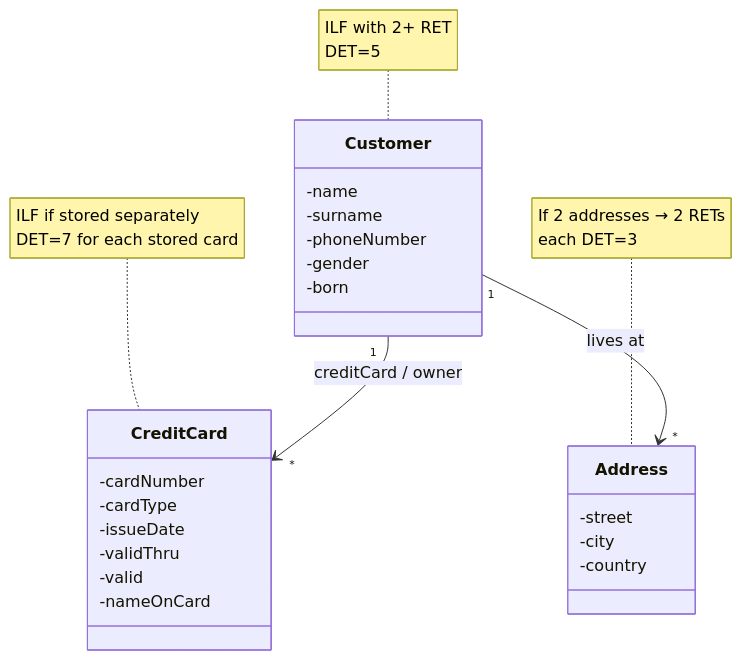
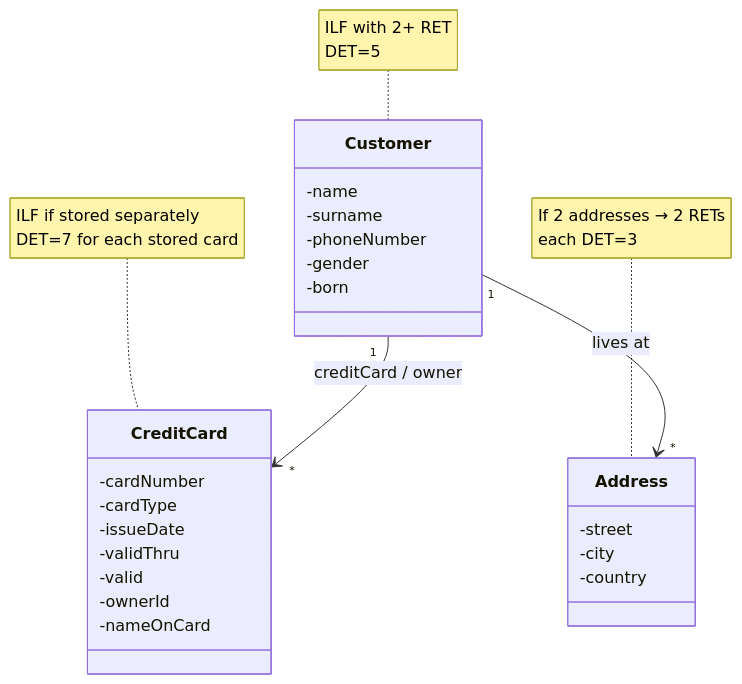
One commit to msdbok/msdbok.github.io changed the fifth of 11 diagrams in content/scope/estimates/fpa_explained.md. Above: the diagram before and after it, drawn with Mermaid.

Commit message:
Add ownerId to CreditCard class to match DET=7
Add missing ownerId field to CreditCard class definition to be
consistent with the card illustration which shows 'Card Owner ID'.
This maintains DET=7 for the CreditCard entity.

Closes #4

````diff
--- a/content/scope/estimates/fpa_explained.md
+++ b/content/scope/estimates/fpa_explained.md
@@ -98,29 +98,30 @@
 ```mermaid
 classDiagram
 class Customer {
   -name
   -surname
   -phoneNumber
   -gender
   -born
 }
 class CreditCard {
   -cardNumber
   -cardType
   -issueDate
   -validThru
   -valid
+  -ownerId
   -nameOnCard
 }
 class Address {
   -street
   -city
   -country
 }
 Customer "1" --> "*" CreditCard : creditCard / owner
 Customer "1" --> "*" Address : lives at
 
 note for Customer "ILF with 2+ RET<br>DET=5"
 note for Address "If 2 addresses → 2 RETs<br>each DET=3"
 note for CreditCard "ILF if stored separately<br>DET=7 for each stored card"
 ```
````
